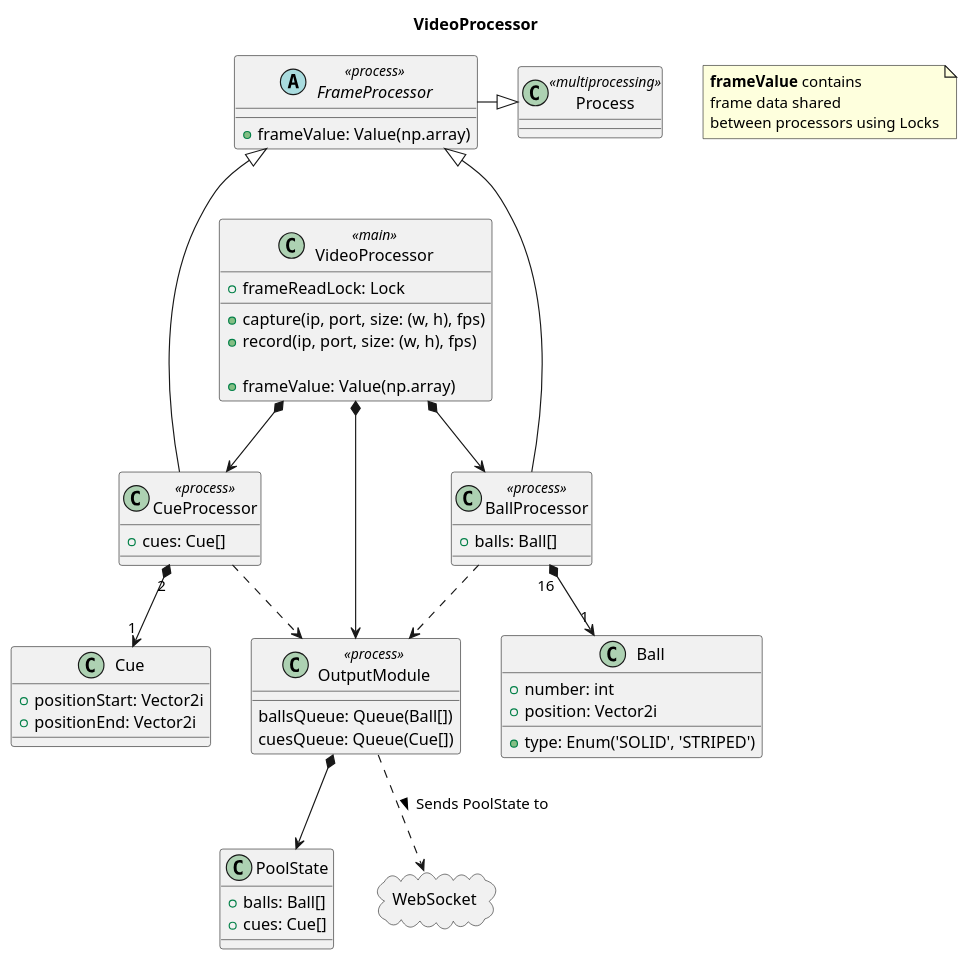
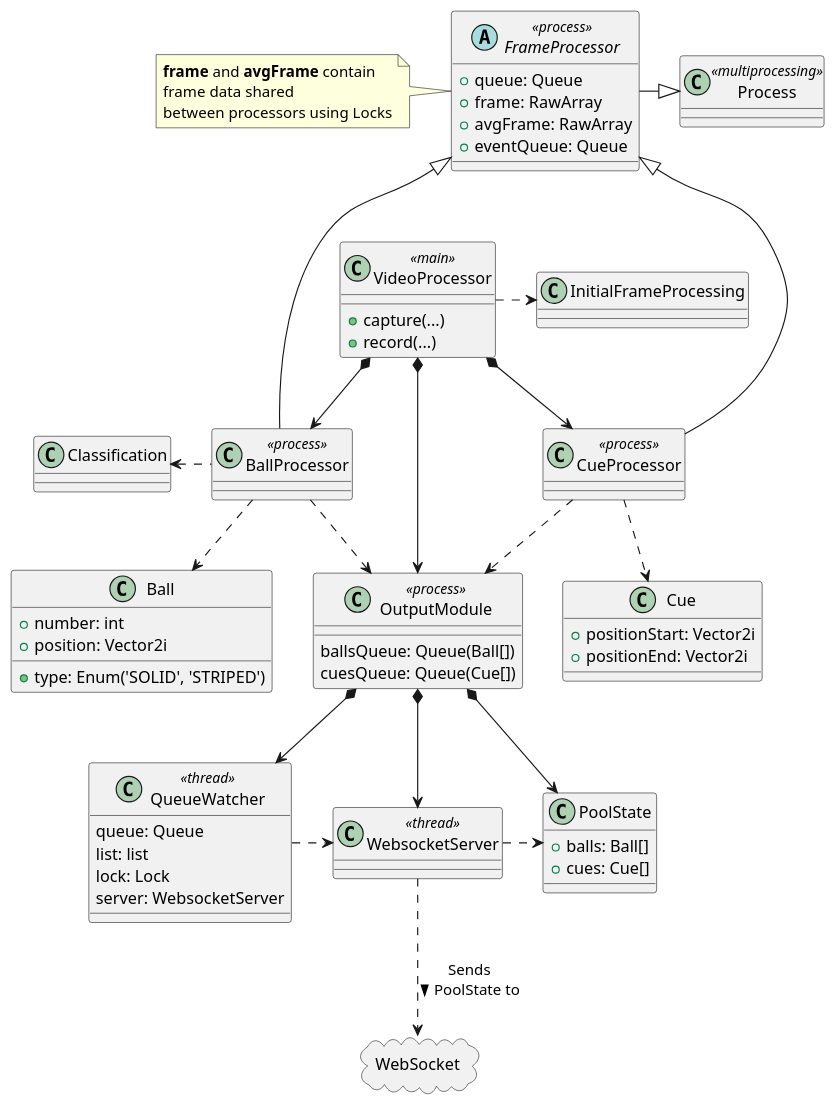
The diagram in docs/src/diagrams/src/VideoProcessor.pu (damiankoper/ripo), drawn with PlantUML before and after one commit. The commit also changed 10 other files, not shown here.

```diff
--- a/docs/src/diagrams/src/VideoProcessor.pu
+++ b/docs/src/diagrams/src/VideoProcessor.pu
@@ -1,76 +1,92 @@
 @startuml video_processor_cd
-title VideoProcessor
 allowmixing
 
-note as note
- <b>frameValue</b> contains
- frame data shared
- between processors using Locks
-end note
+
 
 class VideoProcessor <<main>>{
-    + capture(ip, port, size: (w, h), fps)
-    + record(ip, port, size: (w, h), fps)
-
-    + frameValue: Value(np.array)
-    + frameReadLock: Lock
+    + capture(...)
+    + record(...)
 }
 
 abstract class FrameProcessor <<process>>{
-    + frameValue: Value(np.array)
+    + queue: Queue
+    + frame: RawArray
+    + avgFrame: RawArray
+    + eventQueue: Queue
 }
 
+note left of FrameProcessor
+<b>frame</b> and <b>avgFrame</b> contain
+frame data shared
+between processors using Locks
+end note
+
 class CueProcessor <<process>> {
-    + cues: Cue[]
 }
 
 class BallProcessor <<process>> {
-    + balls: Ball[]
 }
 
 class OutputModule <<process>> {
     ballsQueue: Queue(Ball[])
     cuesQueue: Queue(Cue[])
 }
 
 BallProcessor ..> OutputModule
-CueProcessor ..> OutputModule 
+CueProcessor ..> OutputModule
 
 FrameProcessor <|--- BallProcessor
 FrameProcessor <|--- CueProcessor
 
 class Process <<multiprocessing>>
 
 
 VideoProcessor *--> CueProcessor
 VideoProcessor *--> BallProcessor
 VideoProcessor *---> OutputModule
 
 FrameProcessor -|> Process
 
 class Cue {
     + positionStart: Vector2i
     + positionEnd: Vector2i
 }
 
 class Ball {
     + number: int
     + position: Vector2i
     + type: Enum('SOLID', 'STRIPED')
 }
 
 class PoolState {
     + balls: Ball[]
     + cues: Cue[]
 }
 
+class InitialFrameProcessing
+class Classification
+VideoProcessor .> InitialFrameProcessing
+BallProcessor .left.> Classification
 
 cloud WebSocket
 
+class QueueWatcher <<thread>>{
+    queue: Queue
+    list: list
+    lock: Lock
+    server: WebsocketServer
+}
+class WebsocketServer <<thread>>
+
 OutputModule *--> PoolState
-OutputModule ..> WebSocket : Sends PoolState to >
+OutputModule *--> QueueWatcher
+OutputModule *--> WebsocketServer
+WebsocketServer ..> WebSocket : Sends\nPoolState to >
+WebsocketServer .>PoolState
 
-CueProcessor "2" *--> "1" Cue
-BallProcessor "16" *--> "1" Ball
+QueueWatcher .> WebsocketServer
+
+CueProcessor ..> Cue
+BallProcessor ..>  Ball
 
 @enduml
```
